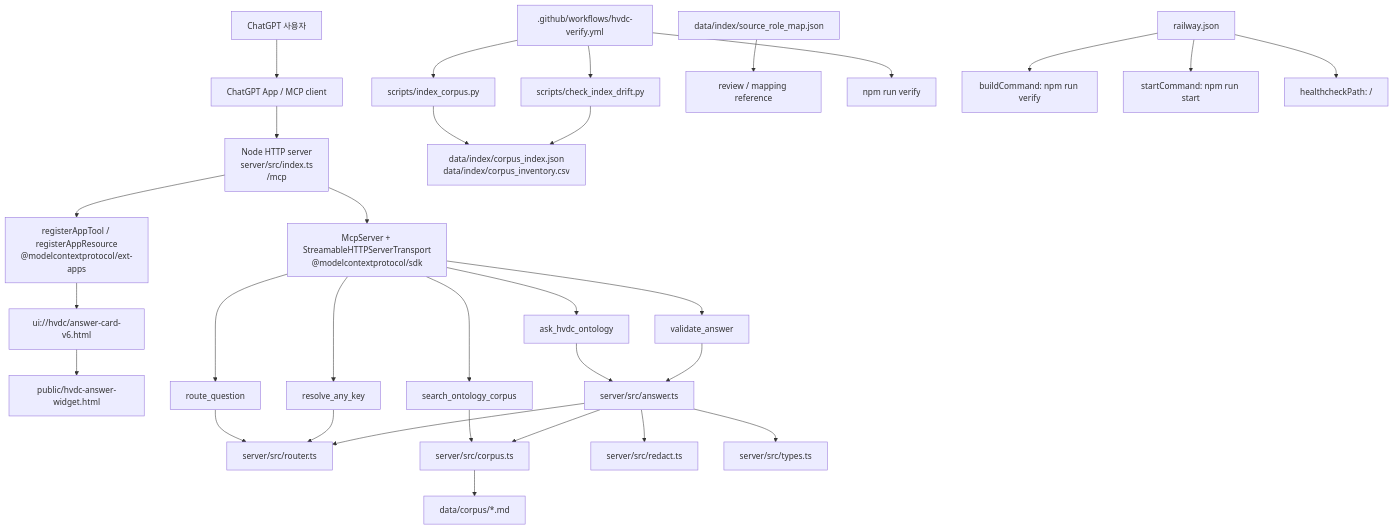
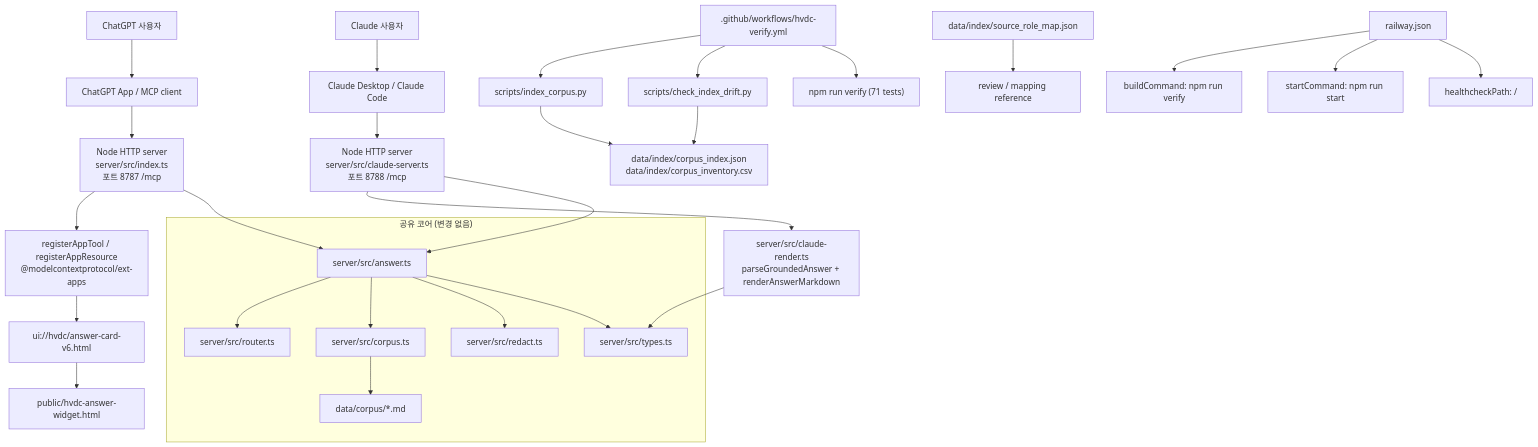
One commit to macho715/SCT_ONTOLOGY changed the first of 2 diagrams in SYSTEM_ARCHITECTURE.md. Above: the diagram before and after it, drawn with Mermaid. The commit also changed other lines of this file and 11 other files, not shown here.

First line of the commit message:
Add Claude MCP server layer with dual-format rendering

````diff
--- a/SYSTEM_ARCHITECTURE.md
+++ b/SYSTEM_ARCHITECTURE.md
@@ -30,37 +39,43 @@
 ```mermaid
 flowchart TD
-  User["ChatGPT 사용자"] --> App["ChatGPT App / MCP client"]
-  App --> Endpoint["Node HTTP server<br/>server/src/index.ts<br/>/mcp"]
-  Endpoint --> Mcp["McpServer + StreamableHTTPServerTransport<br/>@modelcontextprotocol/sdk"]
-  Endpoint --> ExtApps["registerAppTool / registerAppResource<br/>@modelcontextprotocol/ext-apps"]
+  ChatGPTUser["ChatGPT 사용자"] --> ChatGPTApp["ChatGPT App / MCP client"]
+  ClaudeUser["Claude 사용자"] --> ClaudeClient["Claude Desktop / Claude Code"]
+
+  ChatGPTApp --> CGT_Endpoint["Node HTTP server<br/>server/src/index.ts<br/>포트 8787 /mcp"]
+  ClaudeClient --> CL_Endpoint["Node HTTP server<br/>server/src/claude-server.ts<br/>포트 8788 /mcp"]
+
+  CGT_Endpoint --> ExtApps["registerAppTool / registerAppResource<br/>@modelcontextprotocol/ext-apps"]
   ExtApps --> WidgetResource["ui://hvdc/answer-card-v6.html"]
   WidgetResource --> WidgetFile["public/hvdc-answer-widget.html"]
 
-  Mcp --> AskTool["ask_hvdc_ontology"]
-  Mcp --> RouteTool["route_question"]
-  Mcp --> SearchTool["search_ontology_corpus"]
-  Mcp --> ResolveTool["resolve_any_key"]
-  Mcp --> ValidateTool["validate_answer"]
+  CL_Endpoint --> ClaudeRender["server/src/claude-render.ts<br/>parseGroundedAnswer + renderAnswerMarkdown"]
 
-  AskTool --> Answer["server/src/answer.ts"]
-  RouteTool --> Router["server/src/router.ts"]
-  SearchTool --> Corpus["server/src/corpus.ts"]
-  ResolveTool --> Router
-  ValidateTool --> Answer
+  subgraph SharedCore["공유 코어 (변경 없음)"]
+    Answer["server/src/answer.ts"]
+    Router["server/src/router.ts"]
+    Corpus["server/src/corpus.ts"]
+    Redact["server/src/redact.ts"]
+    Types["server/src/types.ts"]
+    CorpusFiles["data/corpus/*.md"]
+  end
 
-  Answer --> Redact["server/src/redact.ts"]
-  Answer --> Types["server/src/types.ts"]
+  CGT_Endpoint --> Answer
+  CL_Endpoint --> Answer
+  Answer --> Router
   Answer --> Corpus
-  Answer --> Router
-  Corpus --> CorpusFiles["data/corpus/*.md"]
+  Answer --> Redact
+  Answer --> Types
+  Corpus --> CorpusFiles
+  ClaudeRender --> Types
+
   Indexer["scripts/index_corpus.py"] --> IndexFiles["data/index/corpus_index.json<br/>data/index/corpus_inventory.csv"]
   DriftCheck["scripts/check_index_drift.py"] --> IndexFiles
   SourceRole["data/index/source_role_map.json"] --> Review["review / mapping reference"]
 
   GHA[".github/workflows/hvdc-verify.yml"] --> Indexer
   GHA --> DriftCheck
-  GHA --> Verify["npm run verify"]
+  GHA --> Verify["npm run verify (71 tests)"]
   Railway["railway.json"] --> Build["buildCommand: npm run verify"]
   Railway --> Start["startCommand: npm run start"]
   Railway --> Health["healthcheckPath: /"]
 ```
````
